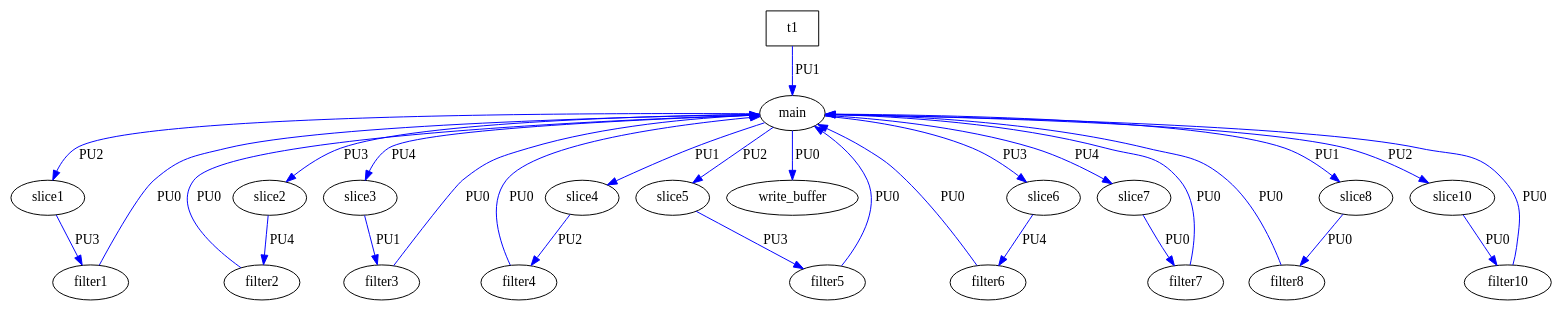
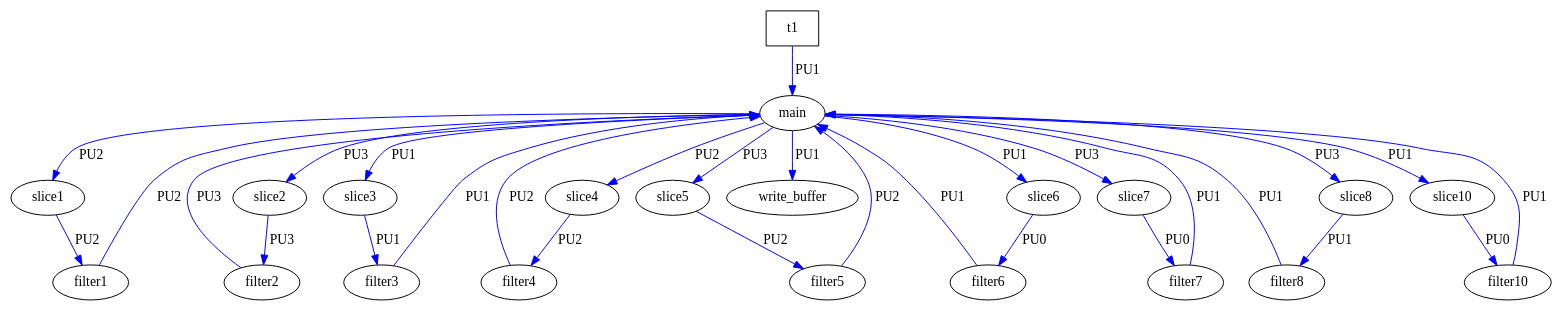
The diagram in graph.dot (samujoaz/ArchiDSE), drawn with Graphviz before and after one commit. The commit also changed 776 other files, not shown here.

```diff
--- a/graph.dot
+++ b/graph.dot
@@ -1,53 +1,53 @@
 digraph my_graph {
   overlap = scale;
    main[label="main"];
    slice1[label="slice1"];
    slice2[label="slice2"];
    slice3[label="slice3"];
    slice4[label="slice4"];
    slice5[label="slice5"];
    slice6[label="slice6"];
    slice7[label="slice7"];
    slice8[label="slice8"];
    slice10[label="slice10"];
    filter1[label="filter1"];
    filter2[label="filter2"];
    filter3[label="filter3"];
    filter4[label="filter4"];
    filter5[label="filter5"];
    filter6[label="filter6"];
    filter7[label="filter7"];
    filter8[label="filter8"];
    filter10[label="filter10"];
    write_buffer[label="write_buffer"];
    t1[label="t1",shape=box ];
    t1 -> main[label="PU1", color=blue];
    main -> slice1[label="PU2", color=blue];
    main -> slice2[label="PU3", color=blue];
-   main -> slice3[label="PU4", color=blue];
-   main -> slice4[label="PU1", color=blue];
-   main -> slice5[label="PU2", color=blue];
-   main -> slice6[label="PU3", color=blue];
-   main -> slice7[label="PU4", color=blue];
-   main -> slice8[label="PU1", color=blue];
-   main -> slice10[label="PU2", color=blue];
-   slice1 -> filter1[label="PU3", color=blue];
-   slice2 -> filter2[label="PU4", color=blue];
+   main -> slice3[label="PU1", color=blue];
+   main -> slice4[label="PU2", color=blue];
+   main -> slice5[label="PU3", color=blue];
+   main -> slice6[label="PU1", color=blue];
+   main -> slice7[label="PU3", color=blue];
+   main -> slice8[label="PU3", color=blue];
+   main -> slice10[label="PU1", color=blue];
+   slice1 -> filter1[label="PU2", color=blue];
+   slice2 -> filter2[label="PU3", color=blue];
    slice3 -> filter3[label="PU1", color=blue];
    slice4 -> filter4[label="PU2", color=blue];
-   slice5 -> filter5[label="PU3", color=blue];
-   slice6 -> filter6[label="PU4", color=blue];
+   slice5 -> filter5[label="PU2", color=blue];
+   slice6 -> filter6[label="PU0", color=blue];
    slice7 -> filter7[label="PU0", color=blue];
-   slice8 -> filter8[label="PU0", color=blue];
+   slice8 -> filter8[label="PU1", color=blue];
    slice10 -> filter10[label="PU0", color=blue];
-   filter1 -> main[label="PU0", color=blue];
-   filter2 -> main[label="PU0", color=blue];
-   filter3 -> main[label="PU0", color=blue];
-   filter4 -> main[label="PU0", color=blue];
-   filter5 -> main[label="PU0", color=blue];
-   filter6 -> main[label="PU0", color=blue];
-   filter7 -> main[label="PU0", color=blue];
-   filter8 -> main[label="PU0", color=blue];
-   filter10 -> main[label="PU0", color=blue];
-   main -> write_buffer[label="PU0", color=blue];
+   filter1 -> main[label="PU2", color=blue];
+   filter2 -> main[label="PU3", color=blue];
+   filter3 -> main[label="PU1", color=blue];
+   filter4 -> main[label="PU2", color=blue];
+   filter5 -> main[label="PU2", color=blue];
+   filter6 -> main[label="PU1", color=blue];
+   filter7 -> main[label="PU1", color=blue];
+   filter8 -> main[label="PU1", color=blue];
+   filter10 -> main[label="PU1", color=blue];
+   main -> write_buffer[label="PU1", color=blue];
 }
```
